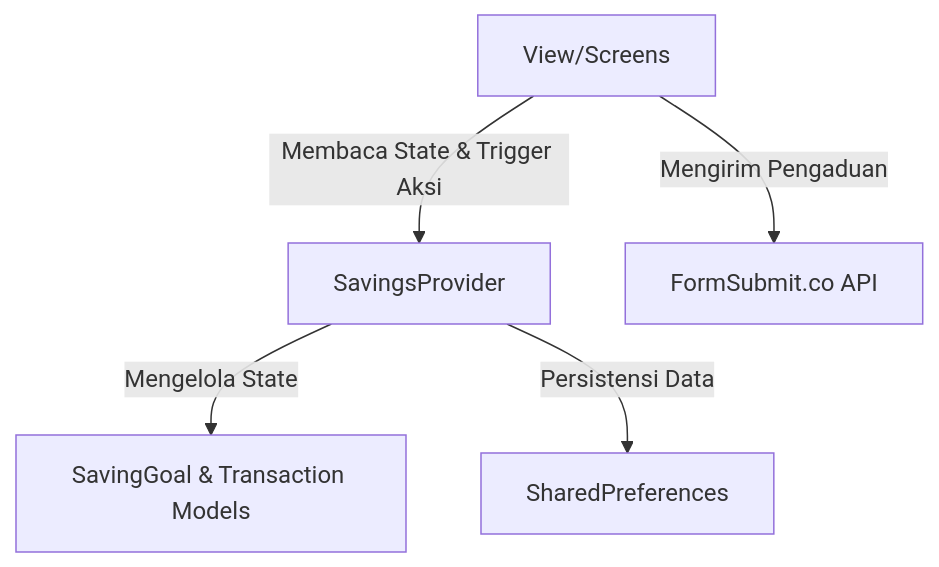
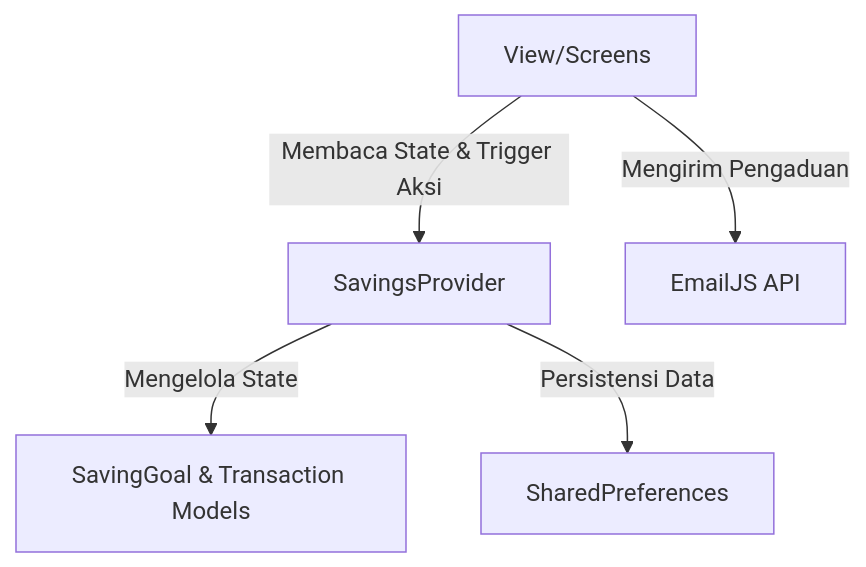
One commit to abday-wong/yoknabung changed the diagram in README.md. Above: the diagram before and after it, drawn with Mermaid. The commit also changed other lines of this file and 2 other files, not shown here.

Commit message:
docs: fix deprecated withOpacity warning, update feedback system API reference to EmailJS in README and documentation

````diff
--- a/README.md
+++ b/README.md
@@ -51,7 +51,7 @@
 ```mermaid
 graph TD
     UI[View/Screens] -->|Membaca State & Trigger Aksi| Provider[SavingsProvider]
     Provider -->|Mengelola State| Models[SavingGoal & Transaction Models]
     Provider -->|Persistensi Data| LocalDB[SharedPreferences]
-    UI -->|Mengirim Pengaduan| FormSubmitAPI[FormSubmit.co API]
+    UI -->|Mengirim Pengaduan| EmailJSAPI[EmailJS API]
 ```
````
